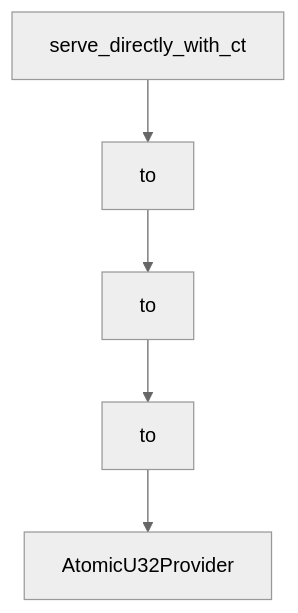
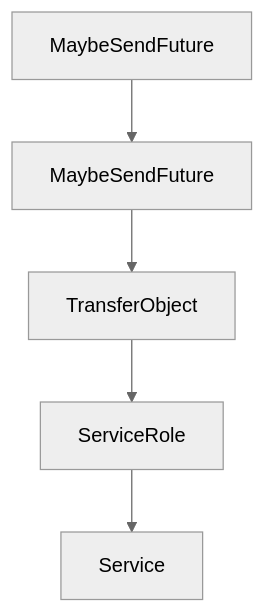
Before and after one commit to johnxie/awesome-code-docs: the diagram in tutorials/mcp-rust-sdk-tutorial/03-transports-stdio-streamable-http-and-custom-channels.md, drawn with Mermaid (neutral theme). The commit also changed other lines of this file and 1232 other files, not shown here.

````diff
--- a/tutorials/mcp-rust-sdk-tutorial/03-transports-stdio-streamable-http-and-custom-channels.md
+++ b/tutorials/mcp-rust-sdk-tutorial/03-transports-stdio-streamable-http-and-custom-channels.md
@@ -213,12 +211,12 @@
 ```mermaid
 flowchart TD
-    A[serve_directly_with_ct]
-    B[to]
-    C[to]
-    D[to]
-    E[AtomicU32Provider]
+    A[MaybeSendFuture]
+    B[MaybeSendFuture]
+    C[TransferObject]
+    D[ServiceRole]
+    E[Service]
     A --> B
     B --> C
     C --> D
     D --> E
 ```
````
